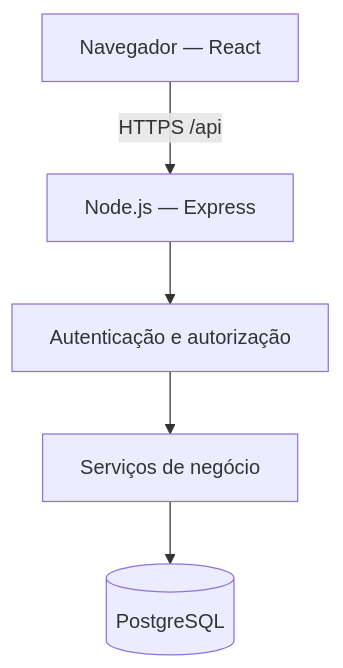
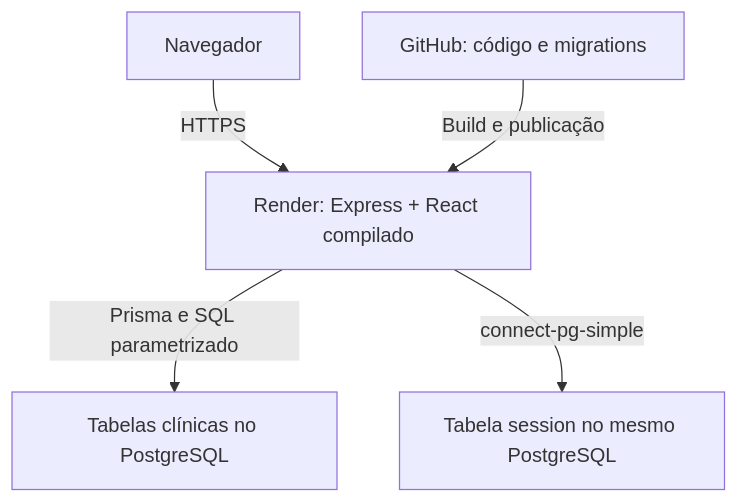
Before and after one commit to amarasantoyani/jano-aba: the diagram in docs/architecture.md, drawn with Mermaid. The commit also changed other lines of this file and 5 other files, not shown here.

````diff
--- a/docs/architecture.md
+++ b/docs/architecture.md
@@ -16,7 +8,7 @@
 ```mermaid
 flowchart TD
-    Browser["Navegador — React"] -->|HTTPS /api| App["Node.js — Express"]
-    App --> Auth["Autenticação e autorização"]
-    Auth --> Services["Serviços de negócio"]
-    Services --> DB[("PostgreSQL")]
+    Browser["Navegador"] -->|HTTPS| App["Render: Express + React compilado"]
+    App -->|Prisma e SQL parametrizado| Clinical["Tabelas clínicas no PostgreSQL"]
+    App -->|connect-pg-simple| Login["Tabela session no mesmo PostgreSQL"]
+    Git["GitHub: código e migrations"] -->|Build e publicação| App
 ```
````
